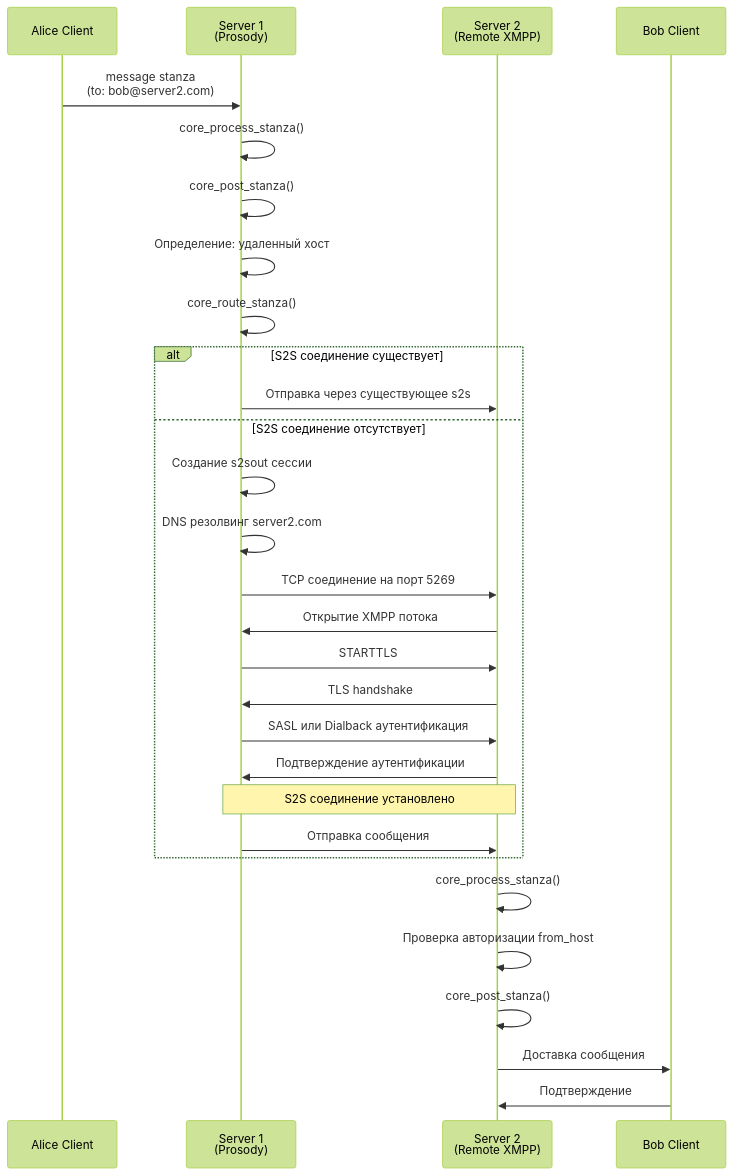
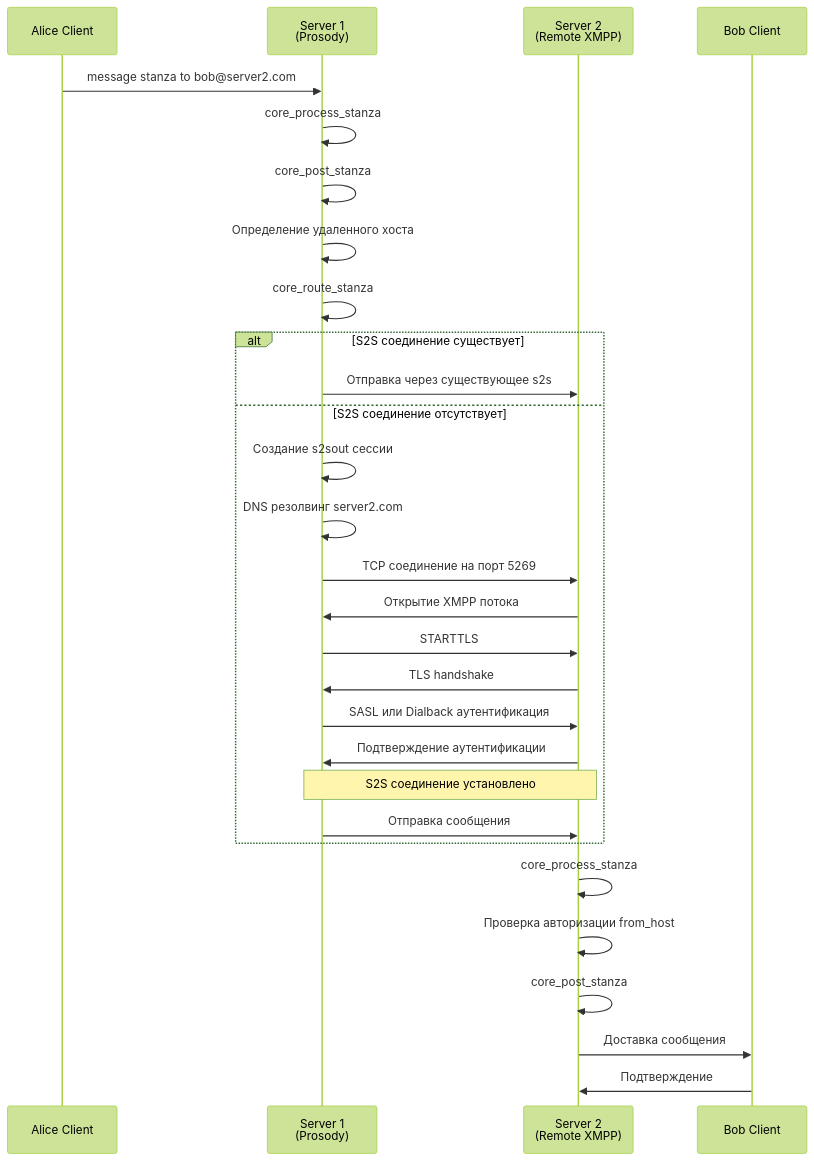
Before and after one commit to antirek/chats-analysis: the second of 5 diagrams in prosody/message-flow.md, drawn with Mermaid (forest theme). The commit also changed other lines of this file and 1 other file, not shown here.

````diff
--- a/prosody/message-flow.md
+++ b/prosody/message-flow.md
@@ -159,36 +159,36 @@
 ```mermaid
 sequenceDiagram
     participant A as Alice Client
     participant S1 as Server 1<br/>(Prosody)
     participant S2 as Server 2<br/>(Remote XMPP)
     participant B as Bob Client
     
-    A->>S1: message stanza<br/>(to: bob@server2.com)
+    A->>S1: message stanza to bob@server2.com
     
-    S1->>S1: core_process_stanza()
-    S1->>S1: core_post_stanza()
-    S1->>S1: Определение: удаленный хост
+    S1->>S1: core_process_stanza
+    S1->>S1: core_post_stanza
+    S1->>S1: Определение удаленного хоста
     
-    S1->>S1: core_route_stanza()
+    S1->>S1: core_route_stanza
     
     alt S2S соединение существует
         S1->>S2: Отправка через существующее s2s
     else S2S соединение отсутствует
         S1->>S1: Создание s2sout сессии
         S1->>S1: DNS резолвинг server2.com
         S1->>S2: TCP соединение на порт 5269
         S2->>S1: Открытие XMPP потока
         S1->>S2: STARTTLS
         S2->>S1: TLS handshake
         S1->>S2: SASL или Dialback аутентификация
         S2->>S1: Подтверждение аутентификации
         Note over S1,S2: S2S соединение установлено
         S1->>S2: Отправка сообщения
     end
     
-    S2->>S2: core_process_stanza()
+    S2->>S2: core_process_stanza
     S2->>S2: Проверка авторизации from_host
-    S2->>S2: core_post_stanza()
+    S2->>S2: core_post_stanza
     S2->>B: Доставка сообщения
     B->>S2: Подтверждение
 ```
````
